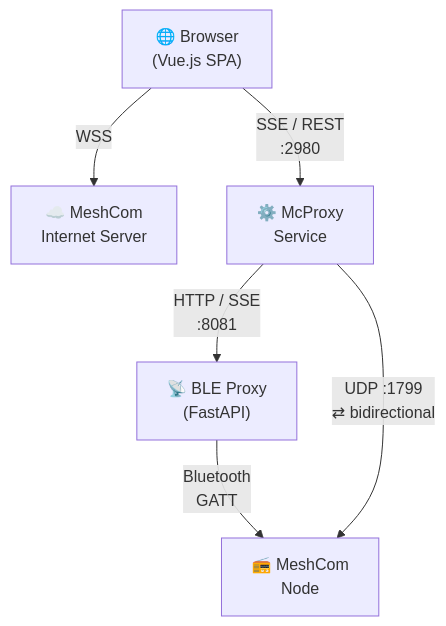
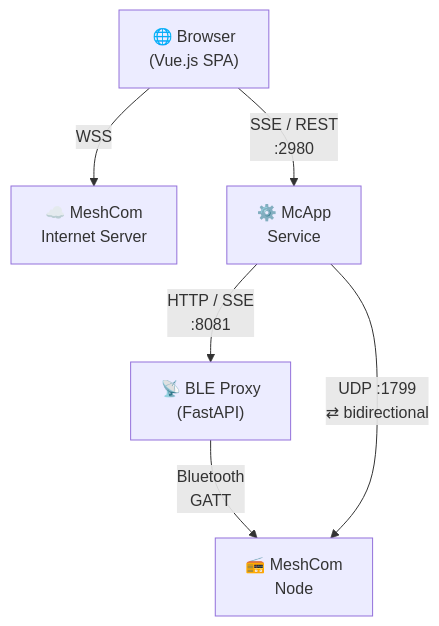
One commit to DK5EN/McApp changed the diagram in README.md. Above: the diagram before and after it, drawn with Mermaid. The commit also changed other lines of this file and 62 other files, not shown here.

````diff
--- a/README.md
+++ b/README.md
@@ -113,14 +116,14 @@
 ```mermaid
 graph TD
     Browser["🌐 Browser<br/>(Vue.js SPA)"]
 
     Browser -- "WSS" --> MeshComServer["☁️ MeshCom<br/>Internet Server"]
 
-    Browser -- "SSE / REST<br/>:2980" --> McProxy["⚙️ McProxy<br/>Service"]
+    Browser -- "SSE / REST<br/>:2980" --> McApp["⚙️ McApp<br/>Service"]
 
-    McProxy -- "HTTP / SSE<br/>:8081" --> BLEProxy["📡 BLE Proxy<br/>(FastAPI)"]
+    McApp -- "HTTP / SSE<br/>:8081" --> BLEProxy["📡 BLE Proxy<br/>(FastAPI)"]
 
     BLEProxy -- "Bluetooth<br/>GATT" --> MeshComNode["📻 MeshCom<br/>Node"]
 
-    McProxy -- "UDP :1799<br/>⇄ bidirectional" --> MeshComNode
+    McApp -- "UDP :1799<br/>⇄ bidirectional" --> MeshComNode
 ```
````
